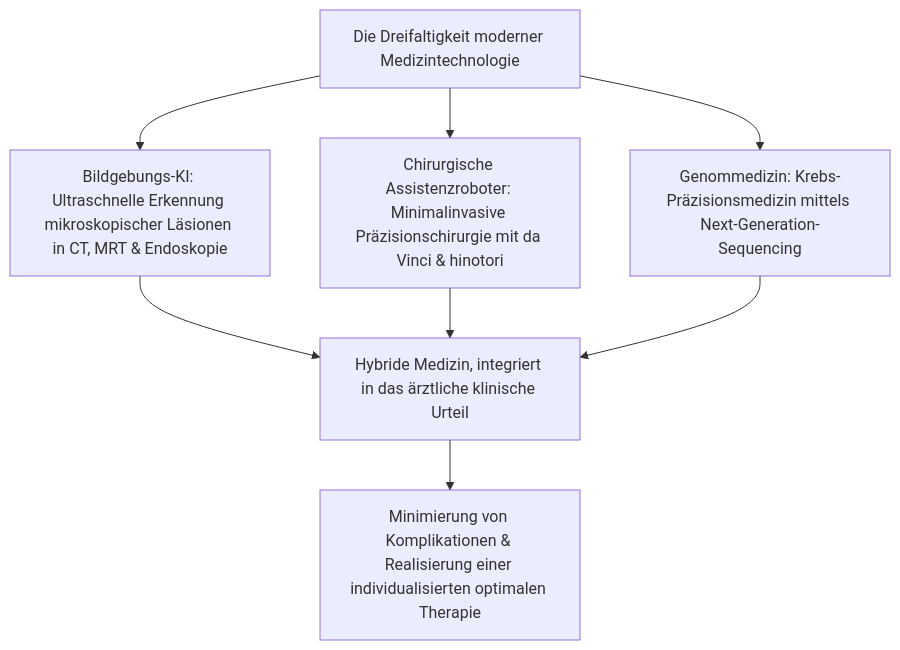
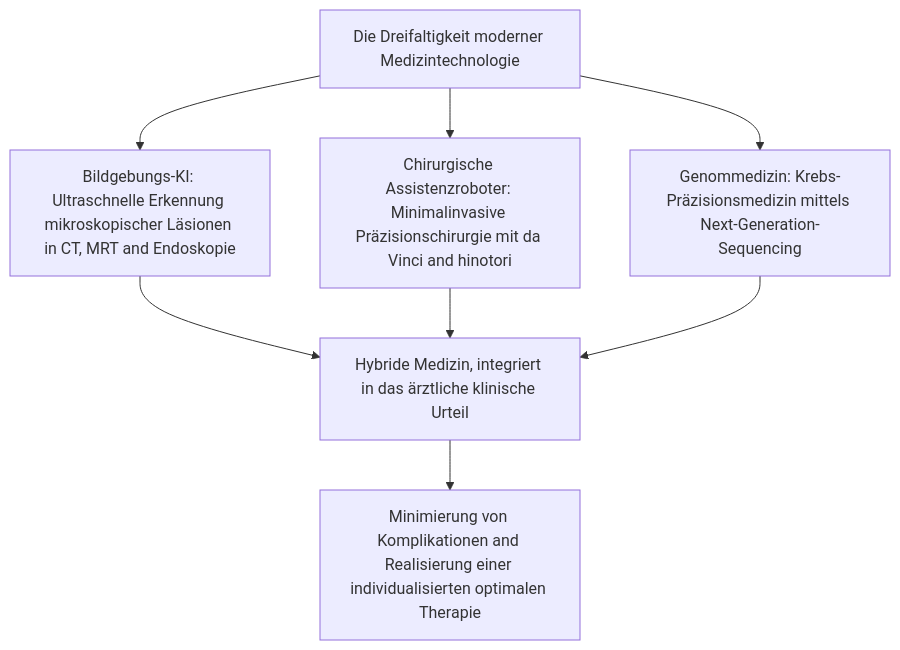
Before and after one commit to kenjinote/blog: the seventh of 7 diagrams in content/post/medical-doctor-education-qualifications-specialties/index.de.md, drawn with Mermaid. The commit also changed other lines of this file and 12 other files, not shown here.

Commit message:
fix(medical-doctor): resolve mermaid syntax error in subgraph and fix unrendered bold asterisks

````diff
--- a/content/post/medical-doctor-education-qualifications-specialties/index.de.md
+++ b/content/post/medical-doctor-education-qualifications-specialties/index.de.md
@@ -467,11 +467,11 @@
 ```mermaid
 flowchart TD
     TECH["Die Dreifaltigkeit moderner Medizintechnologie"]
-    TECH --> T1["Bildgebungs-KI: Ultraschnelle Erkennung mikroskopischer Läsionen in CT, MRT & Endoskopie"]
-    TECH --> T2["Chirurgische Assistenzroboter: Minimalinvasive Präzisionschirurgie mit da Vinci & hinotori"]
+    TECH --> T1["Bildgebungs-KI: Ultraschnelle Erkennung mikroskopischer Läsionen in CT, MRT and Endoskopie"]
+    TECH --> T2["Chirurgische Assistenzroboter: Minimalinvasive Präzisionschirurgie mit da Vinci and hinotori"]
     TECH --> T3["Genommedizin: Krebs-Präzisionsmedizin mittels Next-Generation-Sequencing"]
     T1 --> SYNTH["Hybride Medizin, integriert in das ärztliche klinische Urteil"]
     T2 --> SYNTH
     T3 --> SYNTH
-    SYNTH --> OUTCOME["Minimierung von Komplikationen & Realisierung einer individualisierten optimalen Therapie"]
+    SYNTH --> OUTCOME["Minimierung von Komplikationen and Realisierung einer individualisierten optimalen Therapie"]
 ```
````
